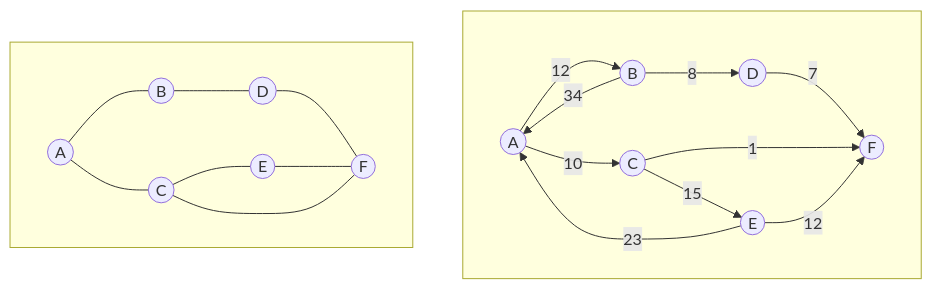
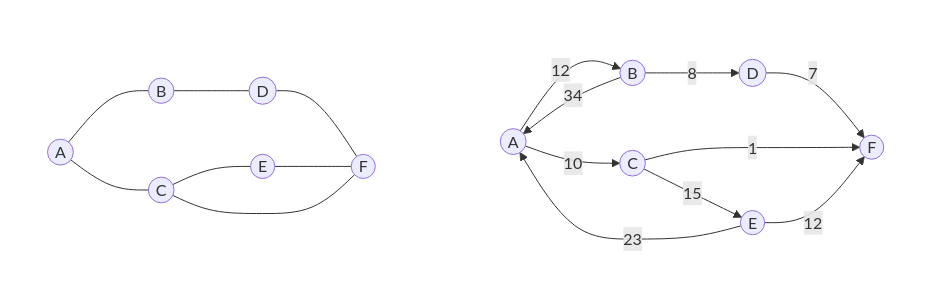
One commit to uncle-yi/uncle-yi.github.io changed the sixth of 8 diagrams in _posts/2023-01-18-graph-neural-network-basics.md. Above: the diagram before and after it, drawn with Mermaid. The commit also changed other lines of this file, not shown here.

````diff
--- a/_posts/2023-01-18-graph-neural-network-basics.md
+++ b/_posts/2023-01-18-graph-neural-network-basics.md
@@ -242,37 +239,40 @@
 ```mermaid
 flowchart TB
 
-subgraph  
+subgraph s1 [" "]
 A1(("A"))
 B1(("B"))
 C1(("C"))
 D1(("D"))
 E1(("E"))
 F1(("F"))
 A1--12-->B1
 A1--10-->C1
 C1--15-->E1
 D1--7-->F1
 C1--1-->F1
 B1--8-->D1
 E1--12-->F1
 E1--23-->A1
 B1--34-->A1
 end
 
-subgraph  
+subgraph s2 [" "]
 A2(("A"))
 B2(("B"))
 C2(("C"))
 D2(("D"))
 E2(("E"))
 F2(("F"))
 A2---B2
 A2---C2
 C2---E2
 C2---F2
 D2---F2
 B2---D2
 E2---F2
 end
+
+class s1,s2 noback;
+classDef noback fill:#fff0, stroke:#fff0;
 ```
````
